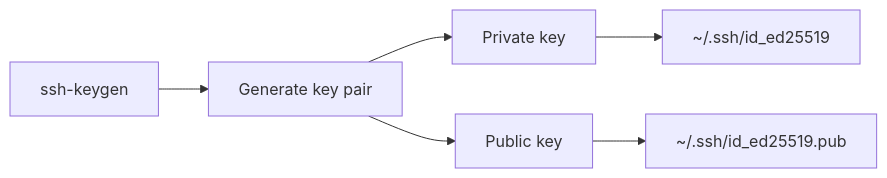
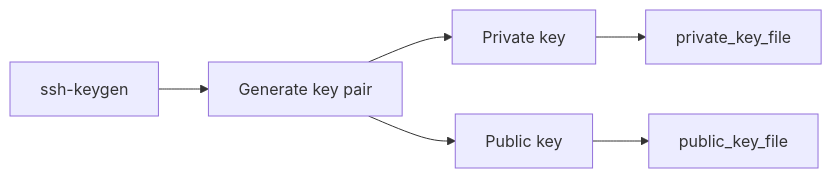
The fourth of 6 diagrams in class_four.md (Sarwarhridoy4/fluresta), drawn with Mermaid before and after one commit. The commit also changed other lines of this file and 1 other file, not shown here.

Commit message:
Fix mermaid syntax errors in class_four.md and class_three.md

````diff
--- a/class_four.md
+++ b/class_four.md
@@ -322,8 +322,8 @@
 ```mermaid
 flowchart LR
     A[ssh-keygen] --> B[Generate key pair]
     B --> C[Private key]
     B --> D[Public key]
-    C --> E[~/.ssh/id_ed25519]
-    D --> F[~/.ssh/id_ed25519.pub]
+    C --> E[private_key_file]
+    D --> F[public_key_file]
 ```
````
